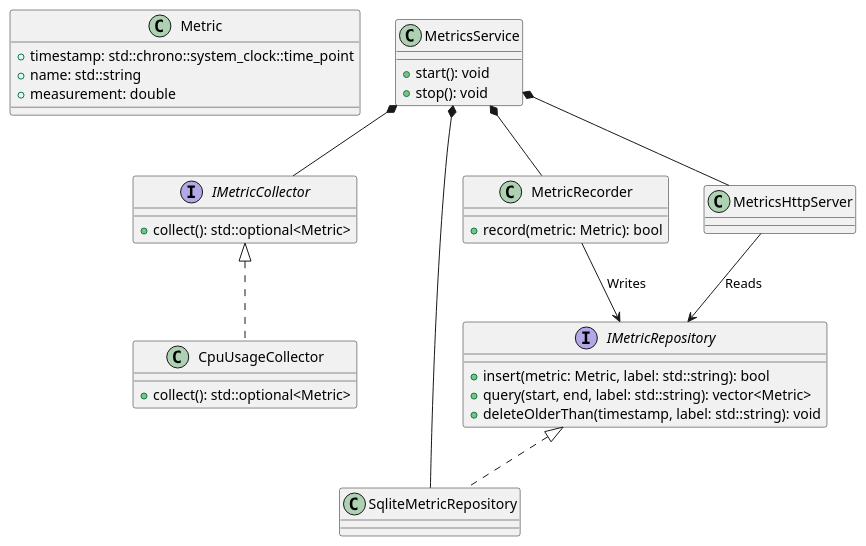
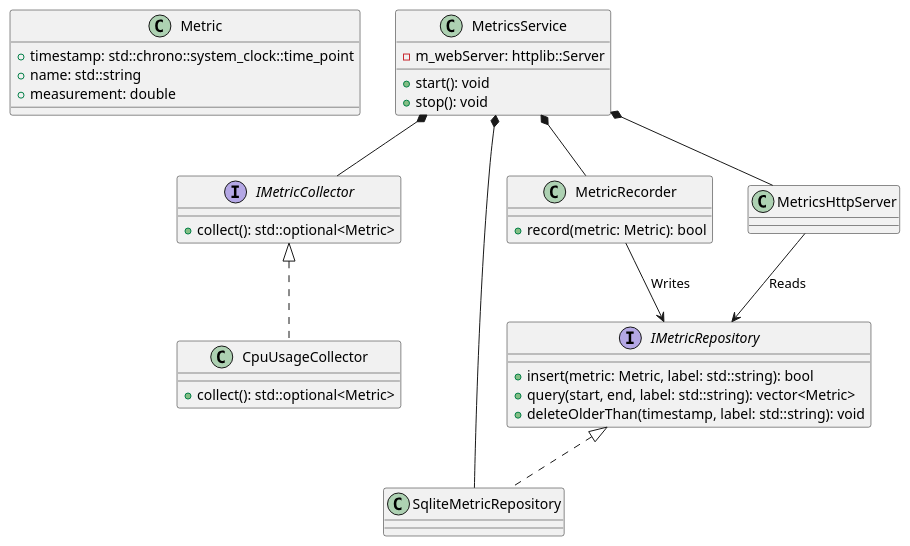
Before and after one commit to rohanjaya/metrics-visualizer: the second of 2 diagrams in Design.md, drawn with PlantUML. The commit also changed 5 other files, not shown here.

```diff
--- a/Design.md
+++ b/Design.md
@@ -26,49 +26,50 @@
 @startuml
 
 class Metric {
     + timestamp: std::chrono::system_clock::time_point
     + name: std::string
     + measurement: double
 }
 
 interface IMetricCollector {
     + collect(): std::optional<Metric>
 }
 
 class CpuUsageCollector {
     + collect(): std::optional<Metric>
 }
 
 class MetricsService {
     + start(): void
     + stop(): void
+    - m_webServer: httplib::Server
 }
 
 class MetricRecorder {
     + record(metric: Metric): bool
 }
 
 interface IMetricRepository {
     + insert(metric: Metric, label: std::string): bool
     + query(start, end, label: std::string): vector<Metric>
     + deleteOlderThan(timestamp, label: std::string): void
 }
 
 class SqliteMetricRepository {
 }
 
 class MetricsHttpServer {
 }
 
 IMetricCollector <|.. CpuUsageCollector
 IMetricRepository <|.. SqliteMetricRepository
 
 MetricsService *-- IMetricCollector
 MetricsService *-- MetricRecorder
 MetricsService *-- MetricsHttpServer
 MetricsService *-- SqliteMetricRepository
 
 MetricRecorder --> IMetricRepository : Writes
 MetricsHttpServer --> IMetricRepository : Reads
 
 @enduml
```
